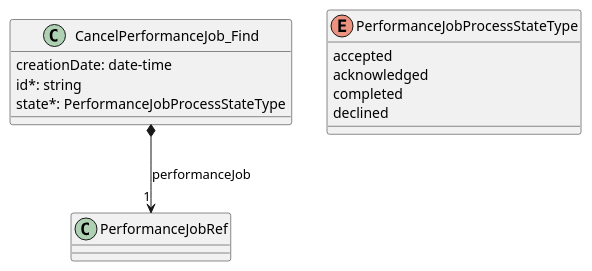
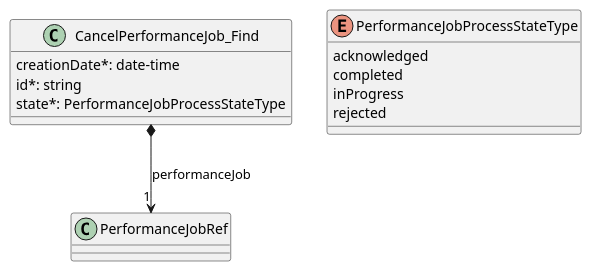
Before and after one commit to MEF-GIT/MEF-LSO-Interlude-SDK: the diagram in documentation/serviceApi/pm/performance/media/src/useCase13Model.puml, drawn with PlantUML. The commit also changed 122 other files, not shown here.

```diff
--- a/documentation/serviceApi/pm/performance/media/src/useCase13Model.puml
+++ b/documentation/serviceApi/pm/performance/media/src/useCase13Model.puml
@@ -1,20 +1,20 @@
 @startuml useCase13Model
 
 class CancelPerformanceJob_Find {
 
-    creationDate: date-time
+    creationDate*: date-time
     id*: string
     state*: PerformanceJobProcessStateType
 }
 
 CancelPerformanceJob_Find *-->"1" PerformanceJobRef : performanceJob
 
 enum PerformanceJobProcessStateType {
 
-    accepted
     acknowledged
     completed
-    declined
+    inProgress
+    rejected
 }
 
 @enduml
```
